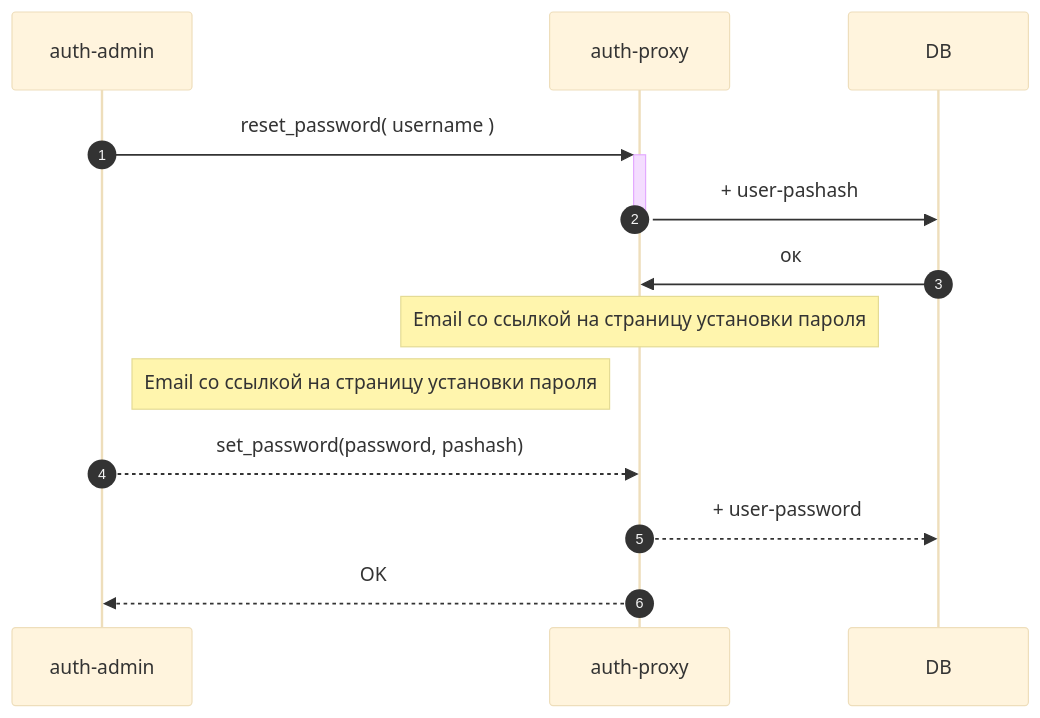
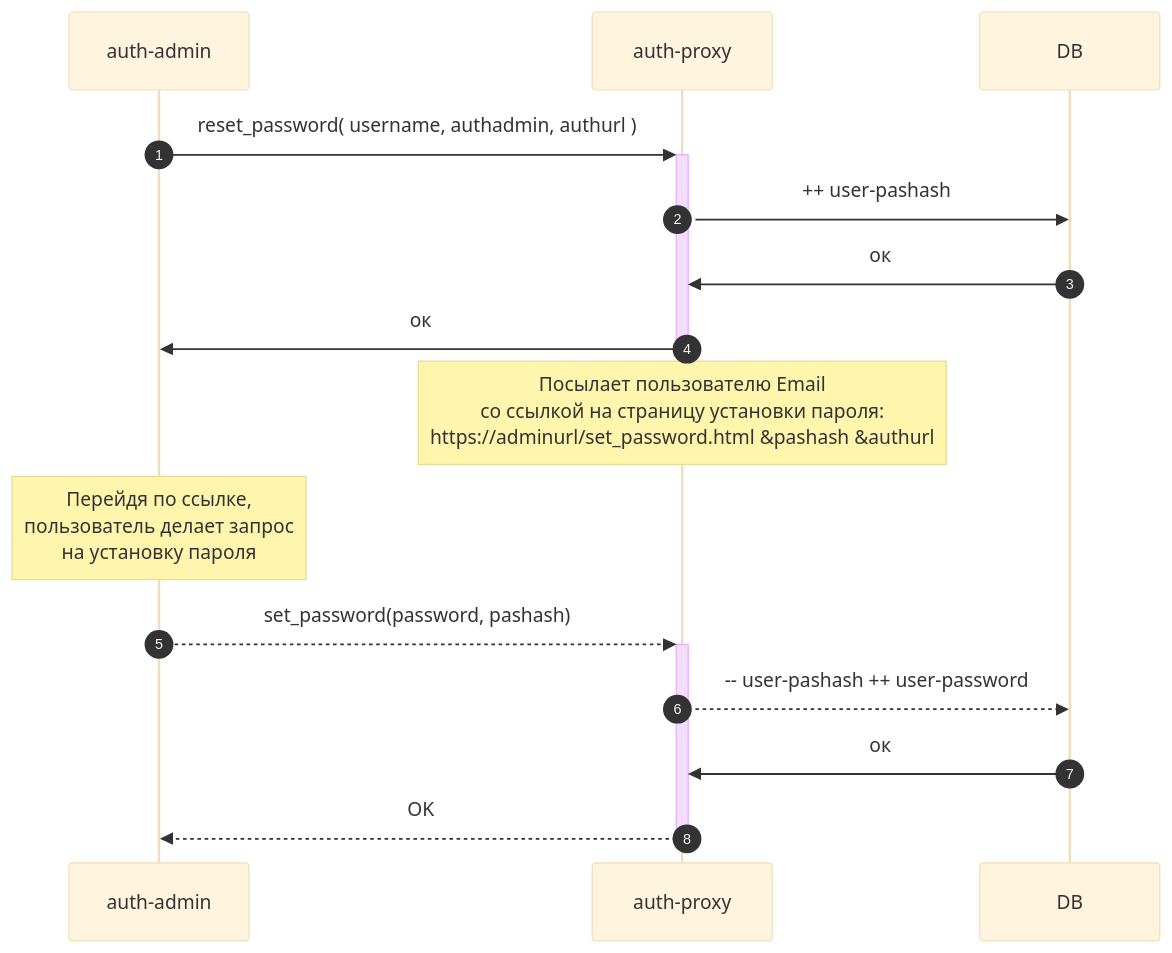
The diagram in README.md (vadim-ivlev/auth-proxy), drawn with Mermaid (base theme) before and after one commit. The commit also changed other lines of this file, not shown here.

Commit message:
fix: mermaid diagram.

````diff
--- a/README.md
+++ b/README.md
@@ -144,15 +144,19 @@
 ```mermaid
 sequenceDiagram
     autonumber
-    auth-admin ->>+ auth-proxy : reset_password( username )
+    auth-admin ->>+ auth-proxy : reset_password( username, authadmin, authurl )
 
-    auth-proxy ->>- DB: + user-pashash
+    auth-proxy ->> DB: ++ user-pashash
     DB ->> auth-proxy: ок
-    Note over auth-proxy: Email со ссылкой на страницу установки пароля
-    Note right of auth-admin: Email со ссылкой на страницу установки пароля
+    auth-proxy ->> -auth-admin: ок
+
+
+    Note over auth-proxy: Посылает  пользователю Email<br>со ссылкой на страницу установки пароля: <br> https://adminurl/set_password.html &pashash &authurl
+
+    Note over auth-admin: Перейдя по ссылке,<br> пользователь делает запрос<br> на установку пароля
         
-
-    auth-admin-->>auth-proxy: set_password(password, pashash)
-    auth-proxy-->>DB: + user-password
-    auth-proxy-->>auth-admin: OK
+    auth-admin -->>+ auth-proxy: set_password(password, pashash)
+    auth-proxy -->> DB: -- user-pashash ++ user-password 
+    DB ->> auth-proxy: ок
+    auth-proxy -->>- auth-admin: OK
 ```
````
